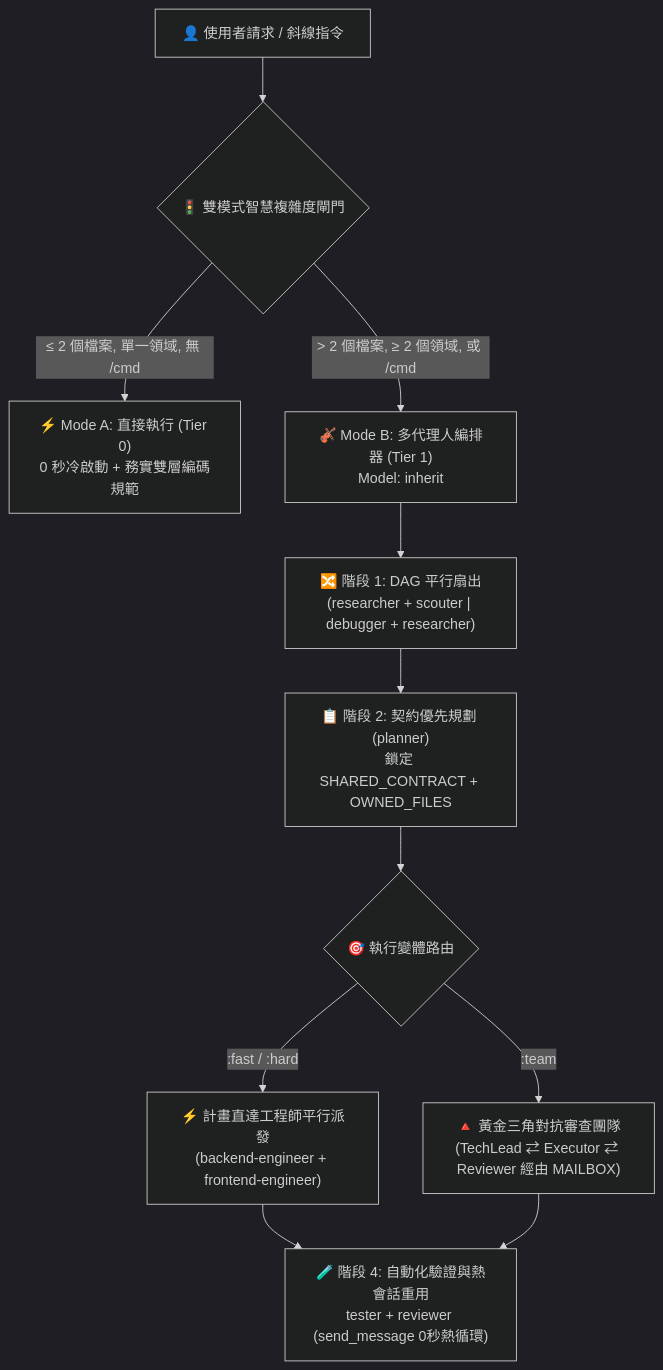
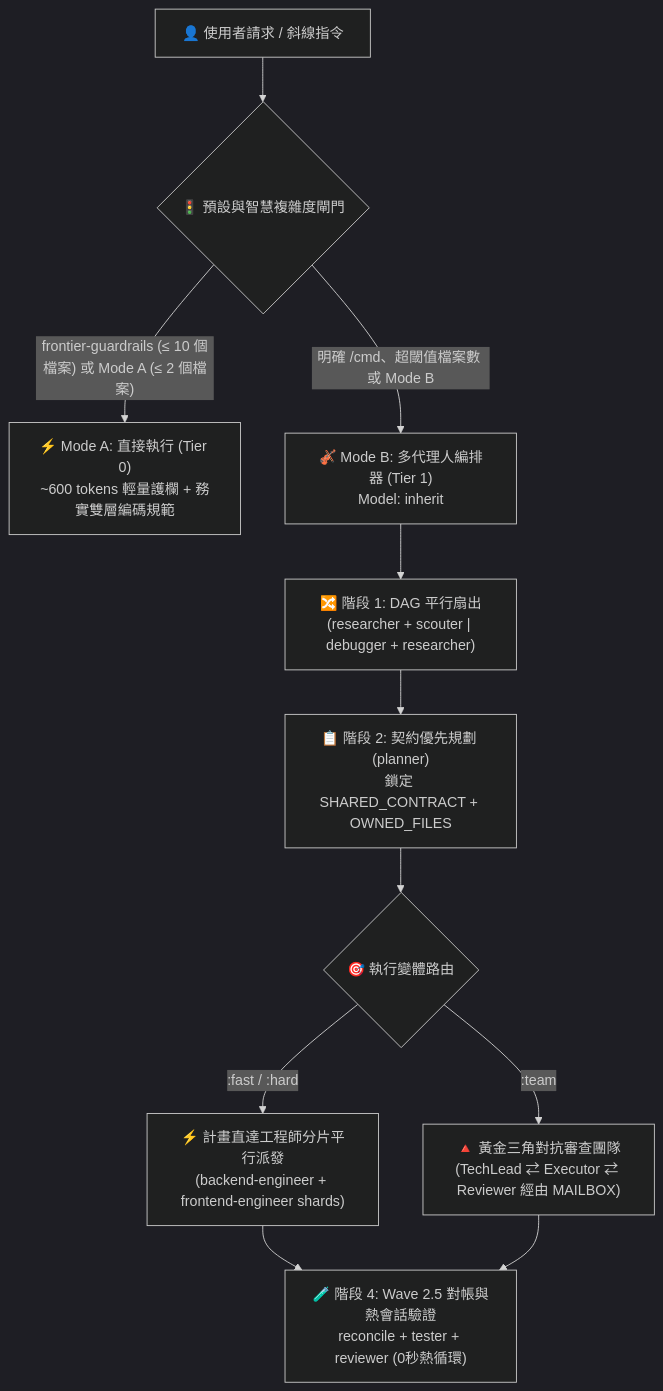
One commit to Kennyboom/BoomOpen-Workflow-Kit-Pro changed the diagram in i18n/README.zh-TW.md. Above: the diagram before and after it, drawn with Mermaid (dark theme). The commit also changed other lines of this file and 99 other files, not shown here.

````diff
--- a/i18n/README.zh-TW.md
+++ b/i18n/README.zh-TW.md
@@ -49,16 +58,16 @@
 ```mermaid
 flowchart TD
-    User["👤 使用者請求 / 斜線指令"] --> Gate{"🚦 雙模式智慧複雜度閘門"}
-    Gate -->|"≤ 2 個檔案, 單一領域, 無 /cmd"| ModeA["⚡ Mode A: 直接執行 (Tier 0)<br/>0 秒冷啟動 + 務實雙層編碼規範"]
-    Gate -->|"> 2 個檔案, ≥ 2 個領域, 或 /cmd"| ModeB["🎻 Mode B: 多代理人編排器 (Tier 1)<br/>Model: inherit"]
+    User["👤 使用者請求 / 斜線指令"] --> Gate{"🚦 預設與智慧複雜度閘門"}
+    Gate -->|"frontier-guardrails (≤ 10 個檔案) 或 Mode A (≤ 2 個檔案)"| ModeA["⚡ Mode A: 直接執行 (Tier 0)<br/>~600 tokens 輕量護欄 + 務實雙層編碼規範"]
+    Gate -->|"明確 /cmd、超閾值檔案數 或 Mode B"| ModeB["🎻 Mode B: 多代理人編排器 (Tier 1)<br/>Model: inherit"]
 
     ModeB --> FanOut["🔀 階段 1: DAG 平行扇出<br/>(researcher + scouter | debugger + researcher)"]
     FanOut --> Plan["📋 階段 2: 契約優先規劃 (planner)<br/>鎖定 SHARED_CONTRACT + OWNED_FILES"]
     Plan --> Dispatch{"🎯 執行變體路由"}
 
-    Dispatch -->|":fast / :hard"| Direct["⚡ 計畫直達工程師平行派發<br/>(backend-engineer + frontend-engineer)"]
+    Dispatch -->|":fast / :hard"| Direct["⚡ 計畫直達工程師分片平行派發<br/>(backend-engineer + frontend-engineer shards)"]
     Dispatch -->|":team"| Triangle["🔺 黃金三角對抗審查團隊<br/>(TechLead ⇄ Executor ⇄ Reviewer 經由 MAILBOX)"]
 
-    Direct --> Verify["🧪 階段 4: 自動化驗證與熱會話重用<br/>tester + reviewer (send_message 0秒熱循環)"]
+    Direct --> Verify["🧪 階段 4: Wave 2.5 對帳與熱會話驗證<br/>reconcile + tester + reviewer (0秒熱循環)"]
     Triangle --> Verify
 ```
````
